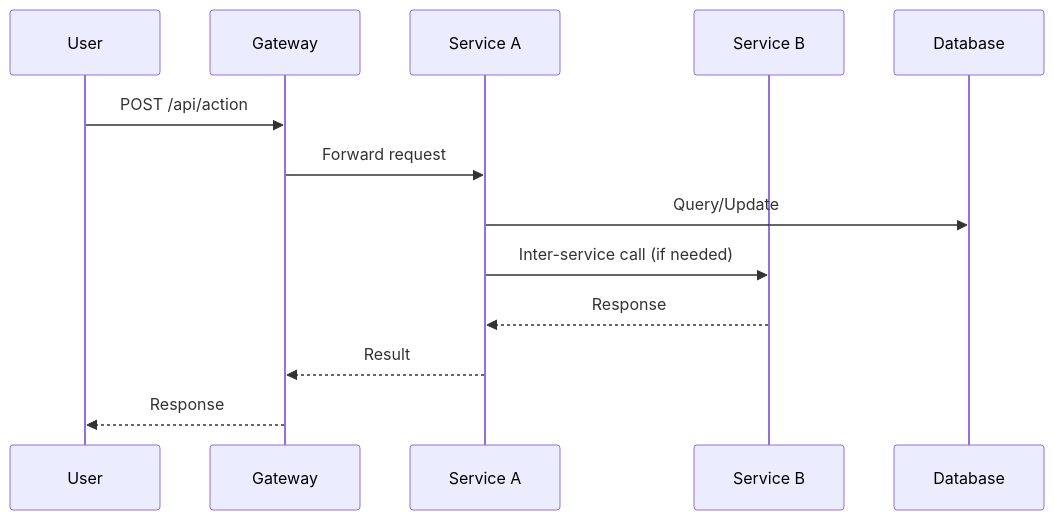
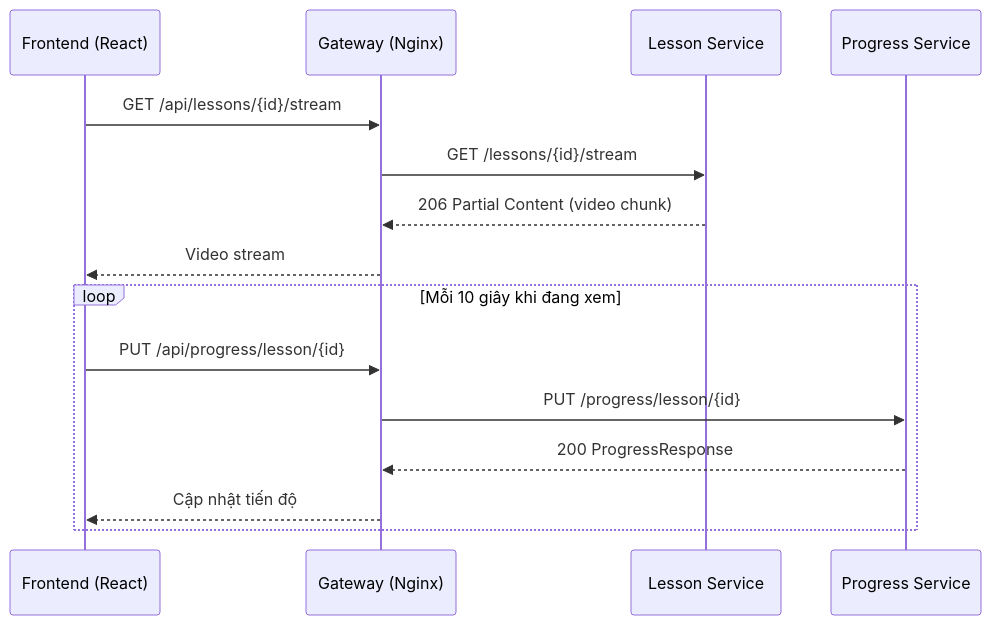
Before and after one commit to thacanh/LMS: the second of 8 diagrams in docs/analysis-and-design.md, drawn with Mermaid. The commit also changed other lines of this file and 89 other files, not shown here.

````diff
--- a/docs/analysis-and-design.md
+++ b/docs/analysis-and-design.md
@@ -77,16 +181,19 @@
 ```mermaid
 sequenceDiagram
-    participant U as User
-    participant GW as Gateway
-    participant SA as Service A
-    participant SB as Service B
-    participant DB as Database
+    participant FE as Frontend (React)
+    participant GW as Gateway (Nginx)
+    participant LS as Lesson Service
+    participant PS as Progress Service
 
-    U->>GW: POST /api/action
-    GW->>SA: Forward request
-    SA->>DB: Query/Update
-    SA->>SB: Inter-service call (if needed)
-    SB-->>SA: Response
-    SA-->>GW: Result
-    GW-->>U: Response
+    FE->>GW: GET /api/lessons/{id}/stream
+    GW->>LS: GET /lessons/{id}/stream
+    LS-->>GW: 206 Partial Content (video chunk)
+    GW-->>FE: Video stream
+
+    loop Mỗi 10 giây khi đang xem
+        FE->>GW: PUT /api/progress/lesson/{id}
+        GW->>PS: PUT /progress/lesson/{id}
+        PS-->>GW: 200 ProgressResponse
+        GW-->>FE: Cập nhật tiến độ
+    end
 ```
````
